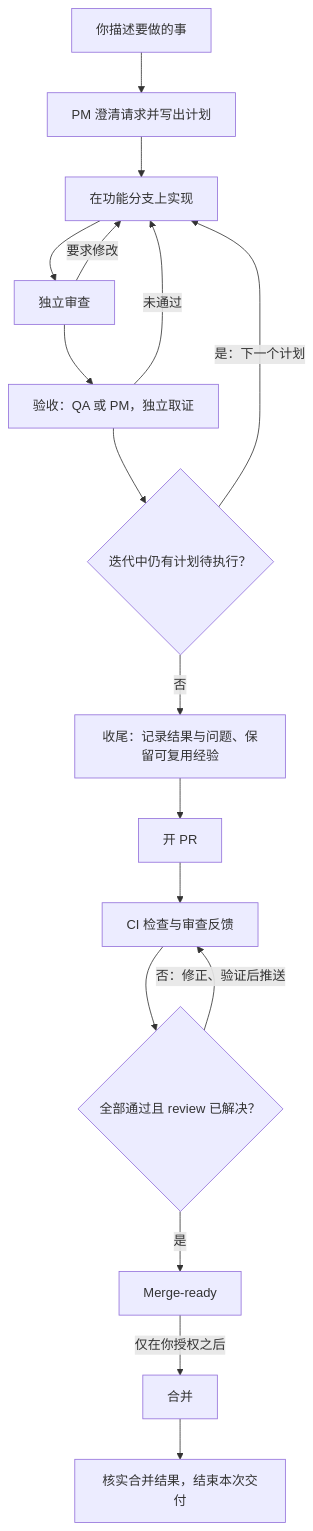
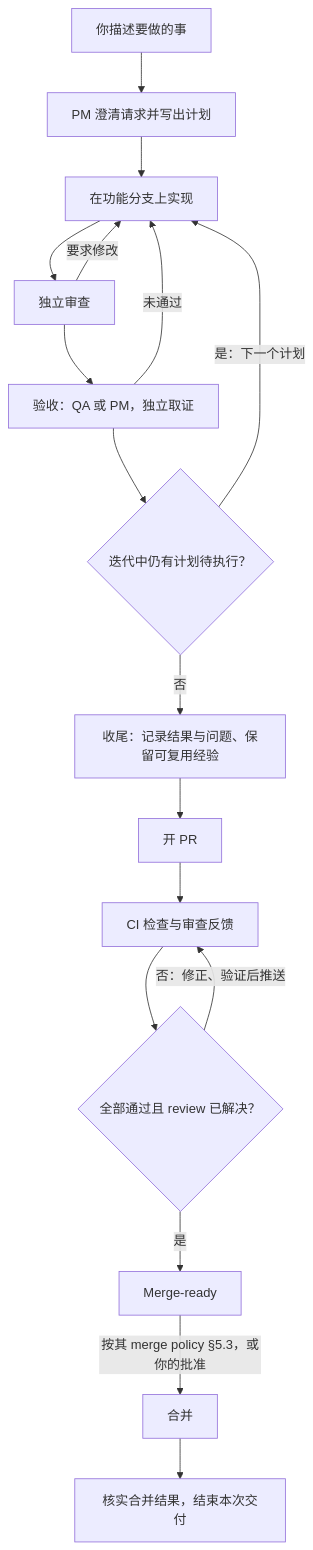
Before and after one commit to btspoony/mstar-harness: the diagram in README_CN.md, drawn with Mermaid. The commit also changed other lines of this file and 17 other files, not shown here.

First line of the commit message:
feat(iteration): gate the Phase 5 merge behind a recorded pr_merge_policy (#570)

````diff
--- a/README_CN.md
+++ b/README_CN.md
@@ -103,19 +103,19 @@
 ```mermaid
 flowchart TD
     A["你描述要做的事"] --> B["PM 澄清请求并写出计划"]
     B --> C["在功能分支上实现"]
     C --> D["独立审查"]
     D -->|要求修改| C
     D --> E["验收：QA 或 PM，独立取证"]
     E -->|未通过| C
     E --> F{"迭代中仍有计划待执行？"}
     F -->|是：下一个计划| C
     F -->|否| G["收尾：记录结果与问题、保留可复用经验"]
     G --> H["开 PR"]
     H --> I["CI 检查与审查反馈"]
     I --> J{"全部通过且 review 已解决？"}
     J -->|否：修正、验证后推送| I
     J -->|是| K["Merge-ready"]
-    K -->|仅在你授权之后| L["合并"]
+    K -->|按其 merge policy §5.3，或你的批准| L["合并"]
     L --> M["核实合并结果，结束本次交付"]
 ```
````
